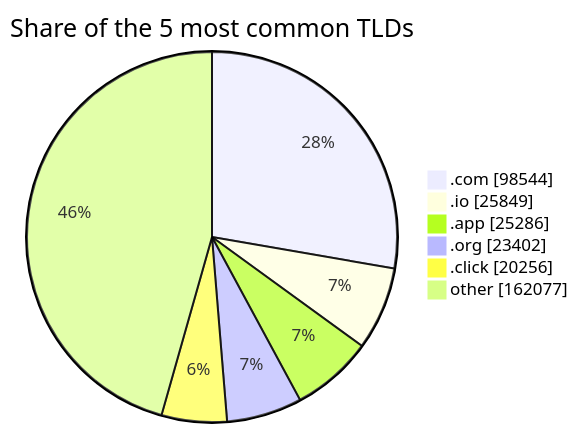
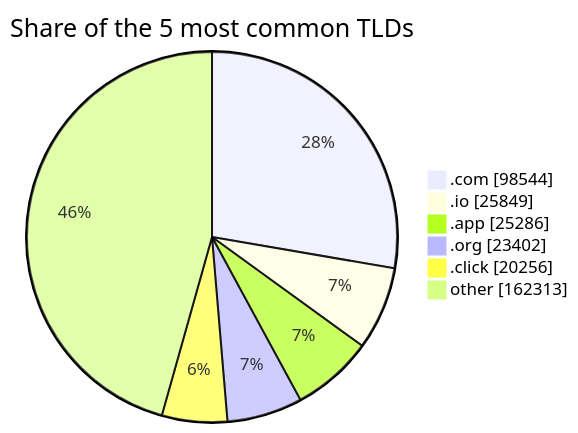
One commit to DNSBunker/CTI changed the third of 3 diagrams in README.md. Above: the diagram before and after it, drawn with Mermaid. The commit also changed other lines of this file and 3 other files, not shown here.

````diff
--- a/README.md
+++ b/README.md
@@ -81,9 +81,9 @@
 ```mermaid
 pie showData title Share of the 5 most common TLDs
     ".com" : 98544
     ".io" : 25849
     ".app" : 25286
     ".org" : 23402
     ".click" : 20256
-    "other" : 162077
+    "other" : 162313
 ```
````
